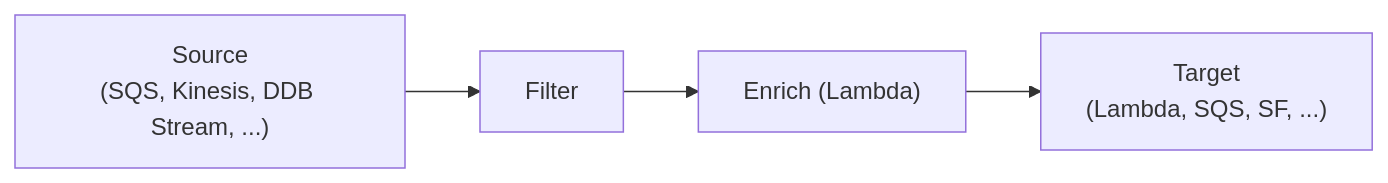
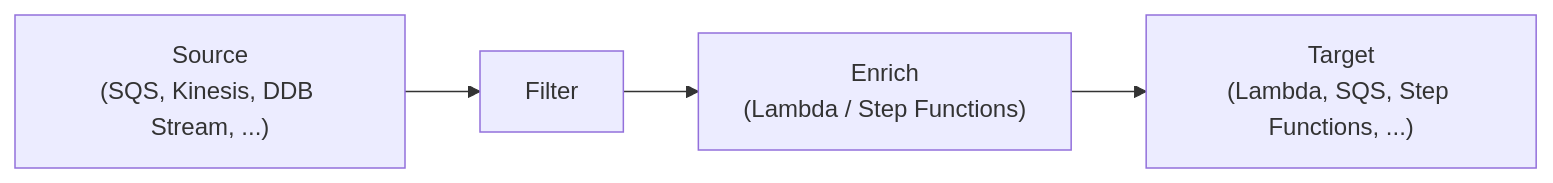
The second of 3 diagrams in src/content/wiki/cloud/aws-eventbridge.mdx (shinkeonkim/shinkeonkim.github.io), drawn with Mermaid before and after one commit. The commit also changed other lines of this file and 526 other files, not shown here.

First line of the commit message:
content(wiki): 전수조사 및 대규모 보강 (짧은 파일 0, mermaid +645)

````diff
--- a/src/content/wiki/cloud/aws-eventbridge.mdx
+++ b/src/content/wiki/cloud/aws-eventbridge.mdx
@@ -108,6 +211,6 @@
 ```mermaid
 flowchart LR
     Source["Source<br/>(SQS, Kinesis, DDB Stream, ...)"] --> Filter[Filter]
-    Filter --> Enrich["Enrich (Lambda)"]
-    Enrich --> Target["Target<br/>(Lambda, SQS, SF, ...)"]
+    Filter --> Enrich["Enrich<br/>(Lambda / Step Functions)"]
+    Enrich --> Target["Target<br/>(Lambda, SQS, Step Functions, ...)"]
 ```
````
